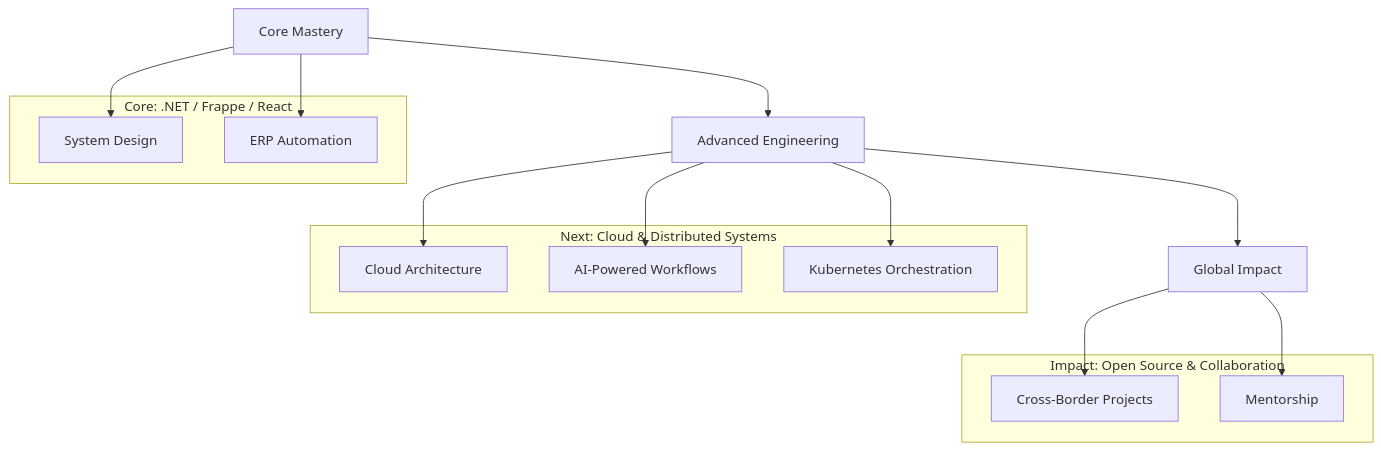
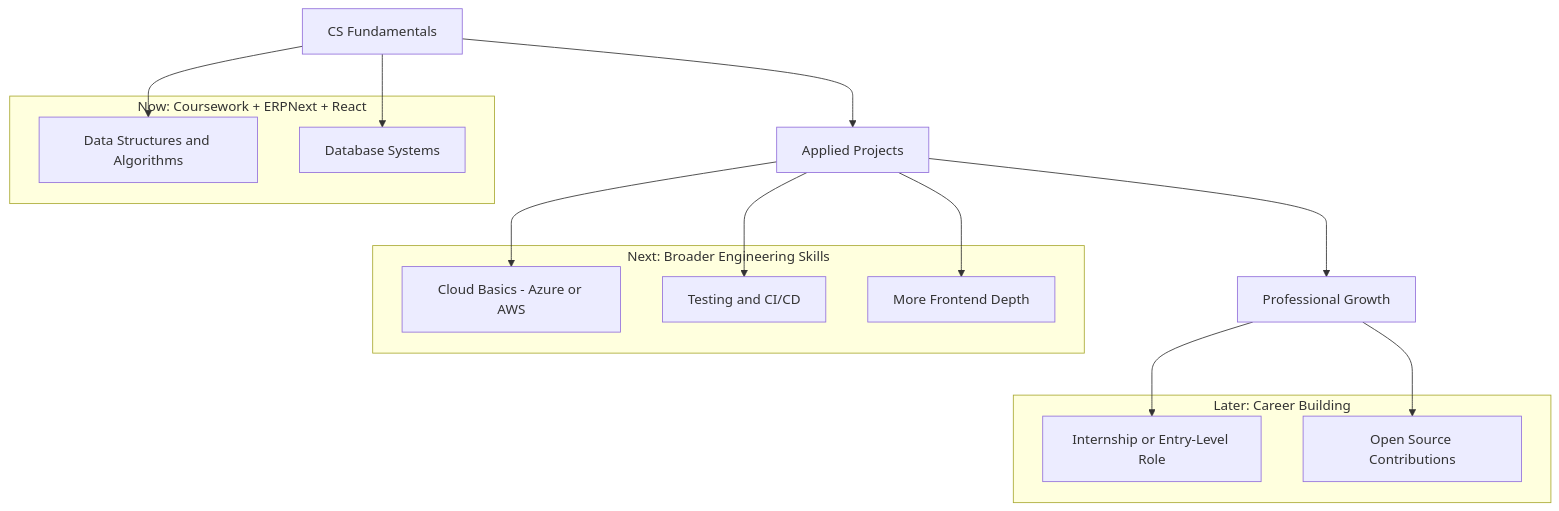
One commit to BinaDev29/BinaDev29 changed the diagram in README.md. Above: the diagram before and after it, drawn with Mermaid. The commit also changed other lines of this file, not shown here.

````diff
--- a/README.md
+++ b/README.md
@@ -226,25 +208,25 @@
 ```mermaid
 graph TD
-    A[Core Mastery] --> B[Advanced Engineering]
-    B --> C[Global Impact]
+    A[CS Fundamentals] --> B[Applied Projects]
+    B --> C[Professional Growth]
 
-    subgraph "Core: .NET / Frappe / React"
-    A1[System Design]
-    A2[ERP Automation]
+    subgraph "Now: Coursework + ERPNext + React"
+    A1[Data Structures and Algorithms]
+    A2[Database Systems]
     end
 
-    subgraph "Next: Cloud & Distributed Systems"
-    B1[Cloud Architecture]
-    B2[AI-Powered Workflows]
-    B3[Kubernetes Orchestration]
+    subgraph "Next: Broader Engineering Skills"
+    B1[Cloud Basics - Azure or AWS]
+    B2[Testing and CI/CD]
+    B3[More Frontend Depth]
     end
 
-    subgraph "Impact: Open Source & Collaboration"
-    C1[Cross-Border Projects]
-    C2[Mentorship]
+    subgraph "Later: Career Building"
+    C1[Internship or Entry-Level Role]
+    C2[Open Source Contributions]
     end
 
     A --> A1 & A2
     B --> B1 & B2 & B3
     C --> C1 & C2
 ```
````
